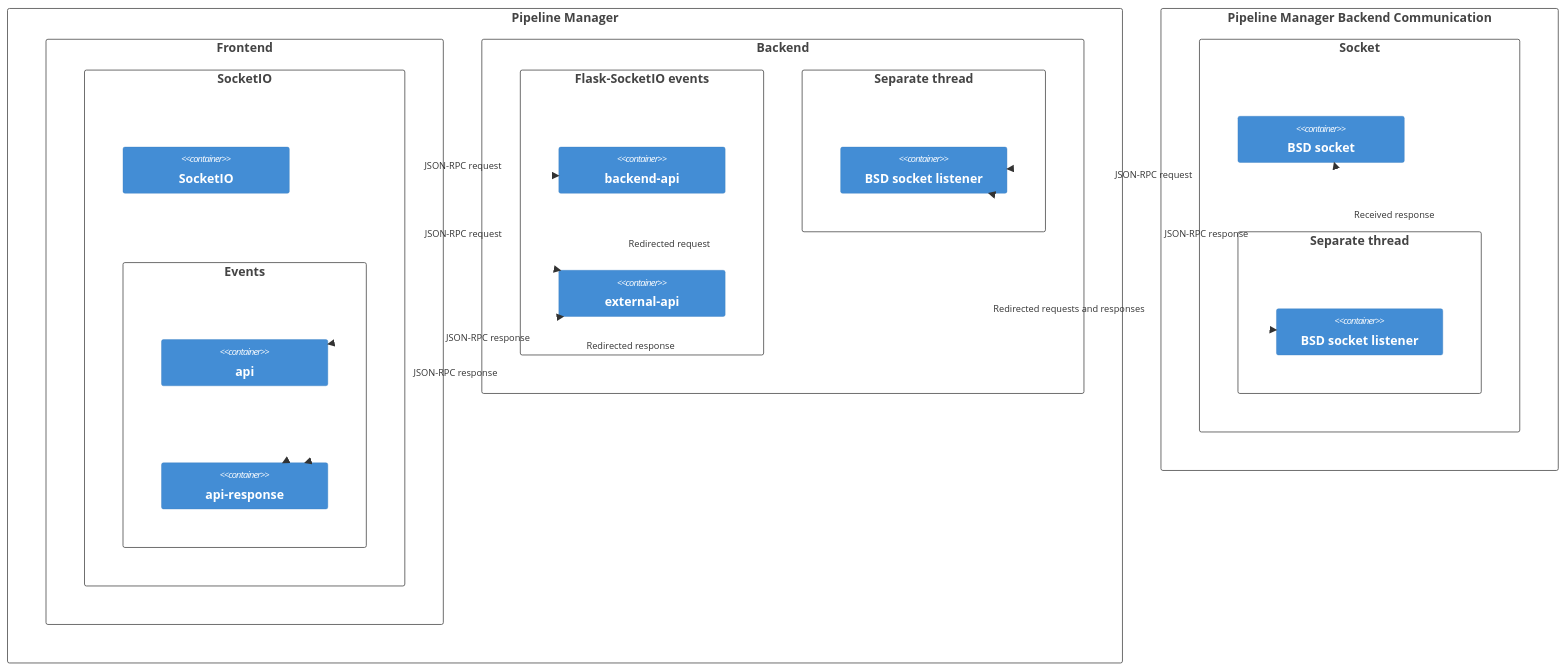
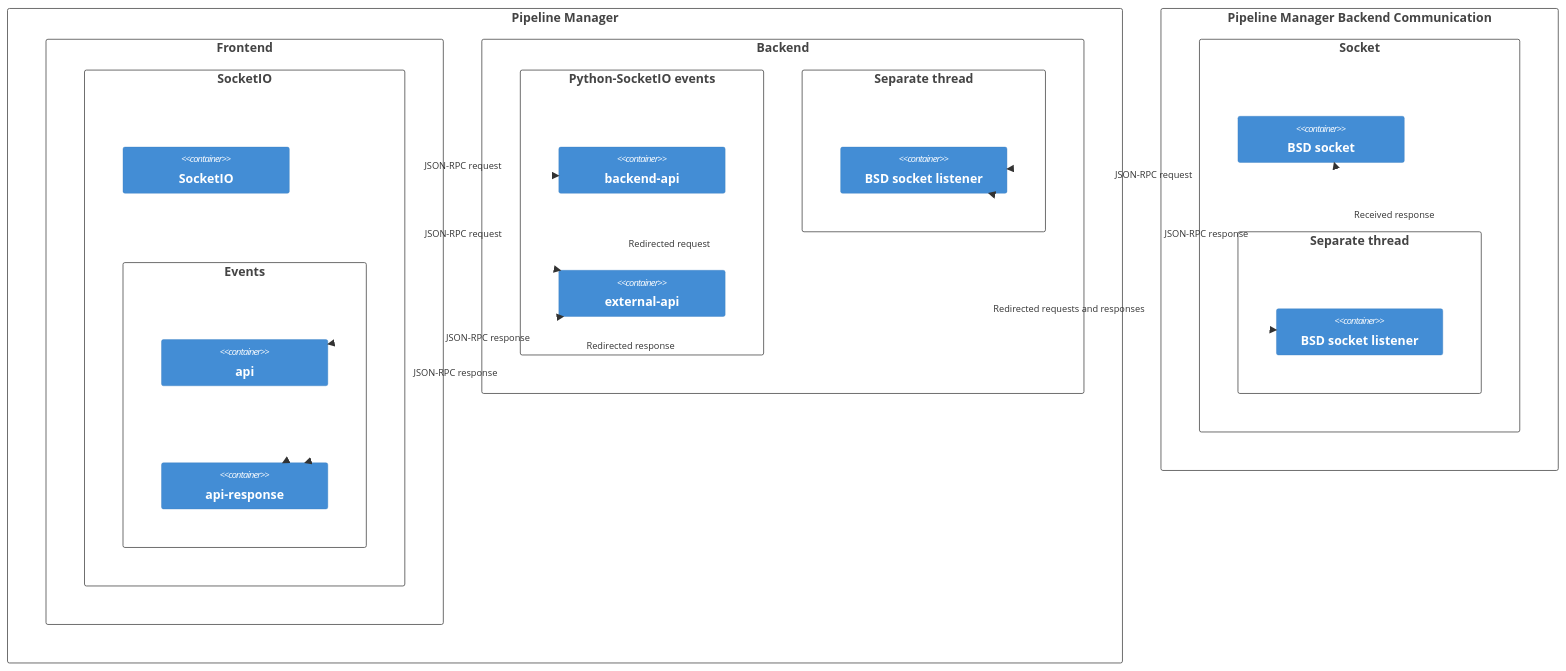
One commit to antmicro/kenning-pipeline-manager changed the second of 2 diagrams in docs/source/external-app-communication.md. Above: the diagram before and after it, drawn with Mermaid.

Commit message:
[#51146] docs: external-app-communication: Change Flask-SocketIO to Python-SocketIO

````diff
--- a/docs/source/external-app-communication.md
+++ b/docs/source/external-app-communication.md
@@ -83,58 +83,58 @@
 ```{mermaid}
 :caption: Communication structure diagram
 :alt: Communication structure diagram
 C4Deployment
     Deployment_Node(pm, "Pipeline Manager", "") {
         Deployment_Node(front, "Frontend", "") {
             Deployment_Node(socketio, "SocketIO", "") {
                 Container(front-socket, "SocketIO")
                 Deployment_Node(front-event, "Events", "") {
                     Container(front-api, "api")
                     Container(front-response-api, "api-response")
                 }
             }
         }
         Deployment_Node(back, "Backend", "") {
-            Deployment_Node(flask, "Flask-SocketIO events", "") {
+            Deployment_Node(flask, "Python-SocketIO events", "") {
                 Container(flask-backend-api, "backend-api")
                 Container(flask-external-api, "external-api")
             }
             Deployment_Node(flask-thread, "Separate thread", "") {
                 Container(back-socket, "BSD socket listener")
             }
         }
     }
     Deployment_Node(pmbc, "Pipeline Manager Backend Communication", "") {
         Deployment_Node(pmbc-socket, "Socket", "") {
             Container(pmbc-socket, "BSD socket")
             Deployment_Node(pmbc-thread, "Separate thread", "") {
                 Container(pmbc-listener, "BSD socket listener")
             }
         }
     }
     %% frontend to backend request
     Rel(front-socket, flask-backend-api, "JSON-RPC request")
     Rel(flask-backend-api, front-response-api, "JSON-RPC response")
     UpdateRelStyle(front-socket, flask-backend-api, $lineColor="var(--md-code-hl-keyword-color)", $textColor="var(--md-code-hl-keyword-color)", $offsetY="-15")
     UpdateRelStyle(flask-backend-api, front-response-api, $lineColor="var(--md-code-hl-keyword-color)", $textColor="var(--md-code-hl-keyword-color)", $offsetX="-50", $offsetY="55")
     %% frontent to external app request
     Rel(front-socket, flask-external-api, "JSON-RPC request")
     Rel(flask-external-api, pmbc-listener, "Redirected requests and responses")
     Rel(pmbc-listener, back-socket, "JSON-RPC response")
     Rel(back-socket, front-response-api, "Redirected response")
     UpdateRelStyle(front-socket, flask-external-api, $lineColor="var(--md-code-hl-number-color)", $textColor="var(--md-code-hl-number-color)")
     UpdateRelStyle(flask-external-api, pmbc-listener, $lineColor="var(--md-code-hl-name-color)", $textColor="var(--md-code-hl-name-color)", $offsetX="-10", $offsetY="-10")
     UpdateRelStyle(pmbc-listener, back-socket, $lineColor="var(--md-code-hl-number-color)", $textColor="var(--md-code-hl-number-color)", $offsetX="25", $offsetY="-25")
     UpdateRelStyle(back-socket, front-response-api, $lineColor="var(--md-code-hl-number-color)", $textColor="var(--md-code-hl-number-color)", $offsetX="-10", $offsetY="20")
     %% external app to frontent request
     Rel(pmbc-socket, back-socket, "JSON-RPC request")
     Rel(back-socket, front-api, "Redirected request")
     Rel(front-api, flask-external-api, "JSON-RPC response")
     Rel(pmbc-listener, pmbc-socket, "Received response")
     UpdateRelStyle(pmbc-socket, back-socket, $textColor="var(--md-code-hl-function-color)", $lineColor="var(--md-code-hl-function-color)", $offsetX="-10", $offsetY="15")
     UpdateRelStyle(back-socket, front-api, $textColor="var(--md-code-hl-function-color)", $lineColor="var(--md-code-hl-function-color)", $offsetX="45", $offsetY="-35")
     UpdateRelStyle(front-api, flask-external-api, $textColor="var(--md-code-hl-function-color)", $lineColor="var(--md-code-hl-function-color)")
     UpdateRelStyle(pmbc-listener, pmbc-socket, $textColor="var(--md-code-hl-function-color)", $lineColor="var(--md-code-hl-function-color)", $offsetX="5", $offsetY="-30")
 
     UpdateLayoutConfig($c4ShapeInRow="1", $c4BoundaryInRow="2")
 ```
````
